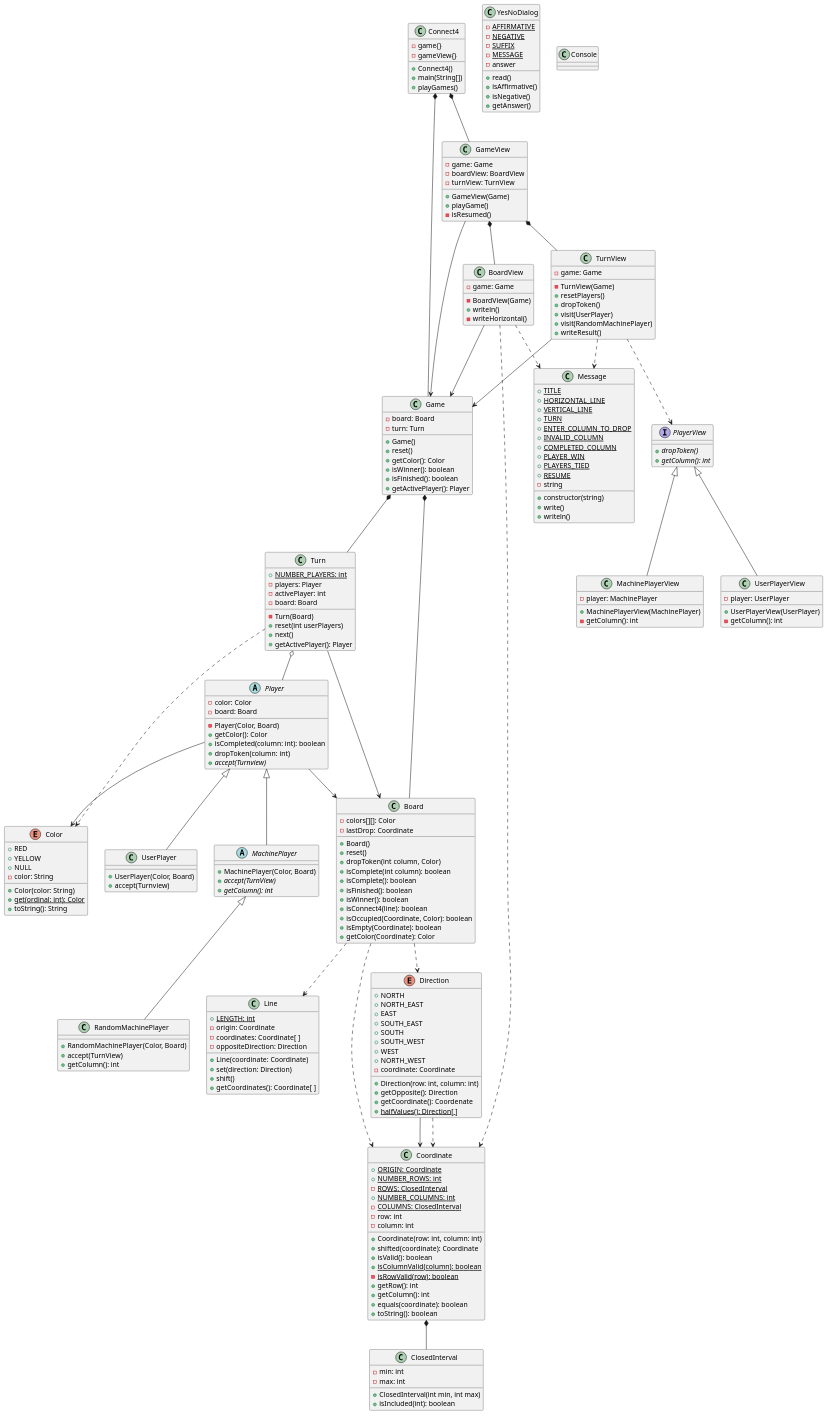
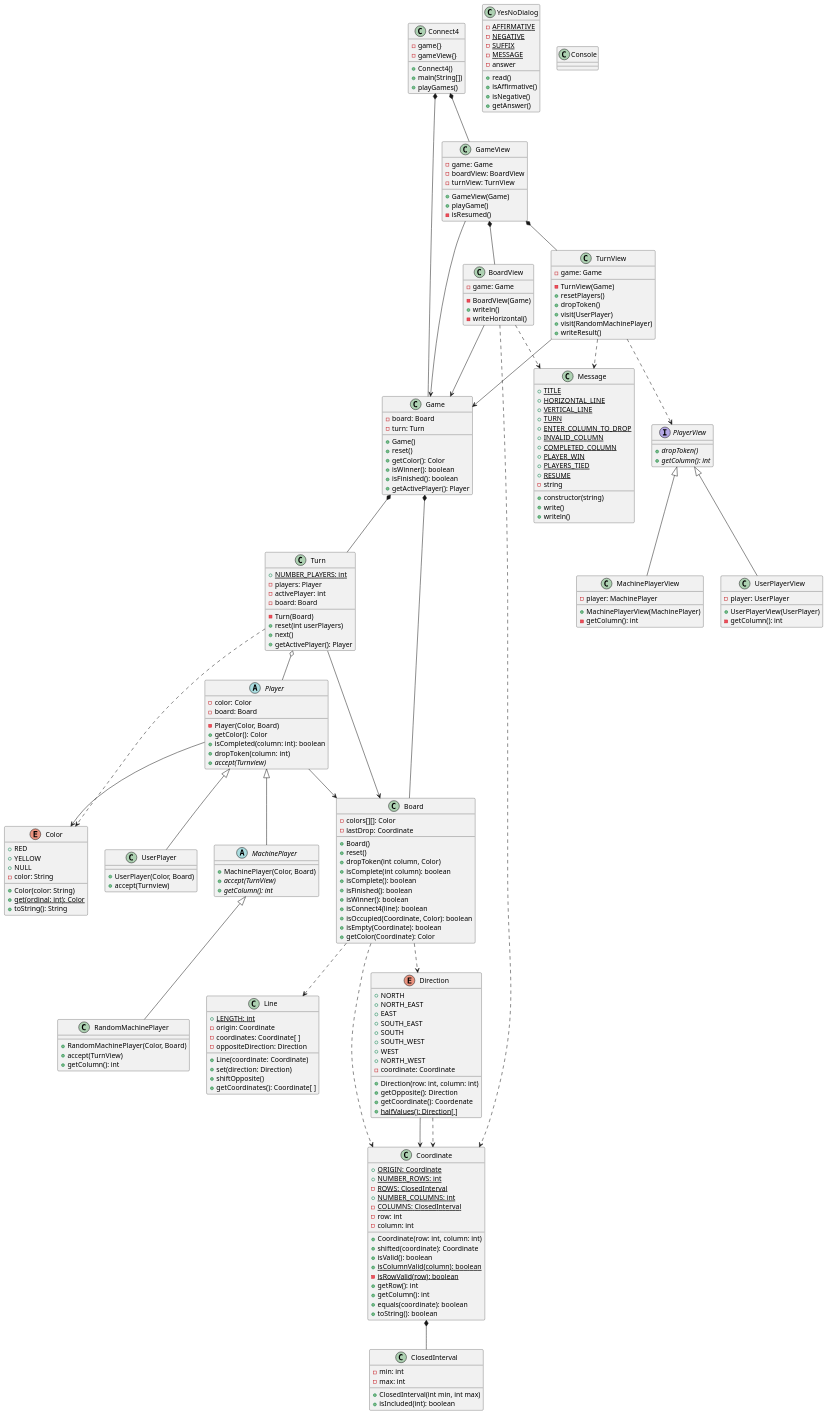
The diagram in connect4/Docs/diagrams/src/classDiagram.plantuml (js-rom/connect4), drawn with PlantUML before and after one commit. The commit also changed 2 other files, not shown here.

Commit message:
refactor(naming): rename method shift of class Line

```diff
--- a/connect4/Docs/diagrams/src/classDiagram.plantuml
+++ b/connect4/Docs/diagrams/src/classDiagram.plantuml
@@ -173,7 +173,7 @@
 Line : -oppositeDirection: Direction
 Line : +Line(coordinate: Coordinate)
 Line : +set(direction: Direction)
-Line : +shift()
+Line : +shiftOpposite()
 Line : +getCoordinates(): Coordinate[ ]
 
 Direction : +NORTH
```
